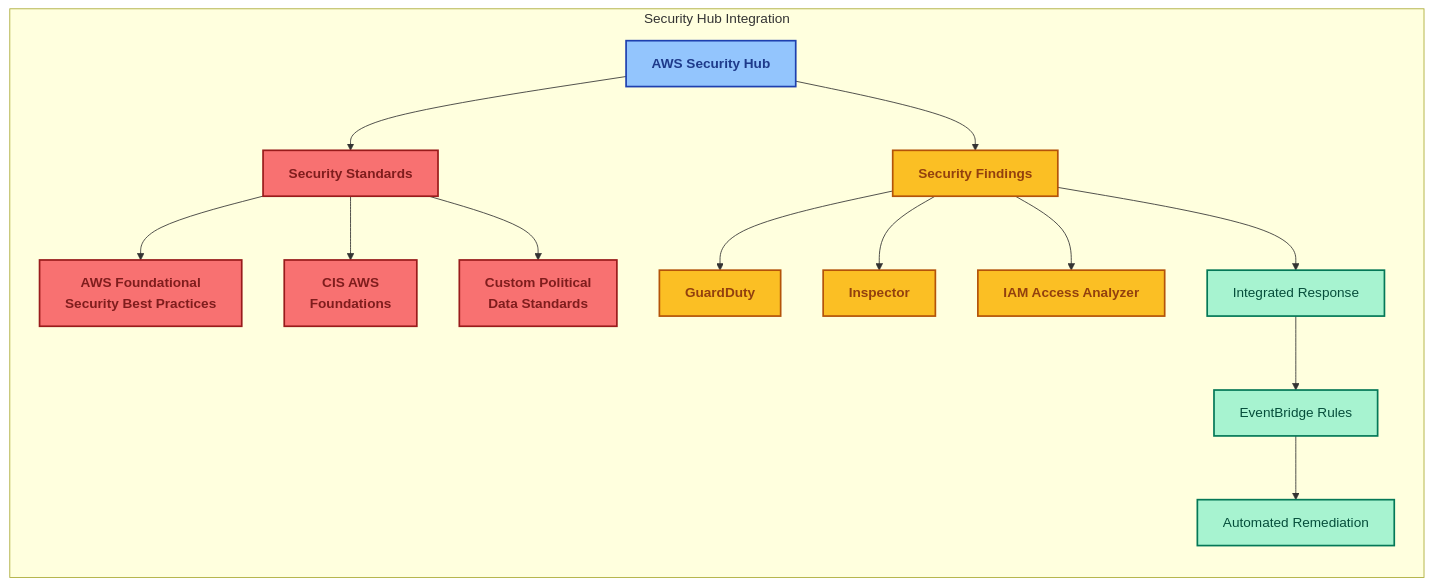
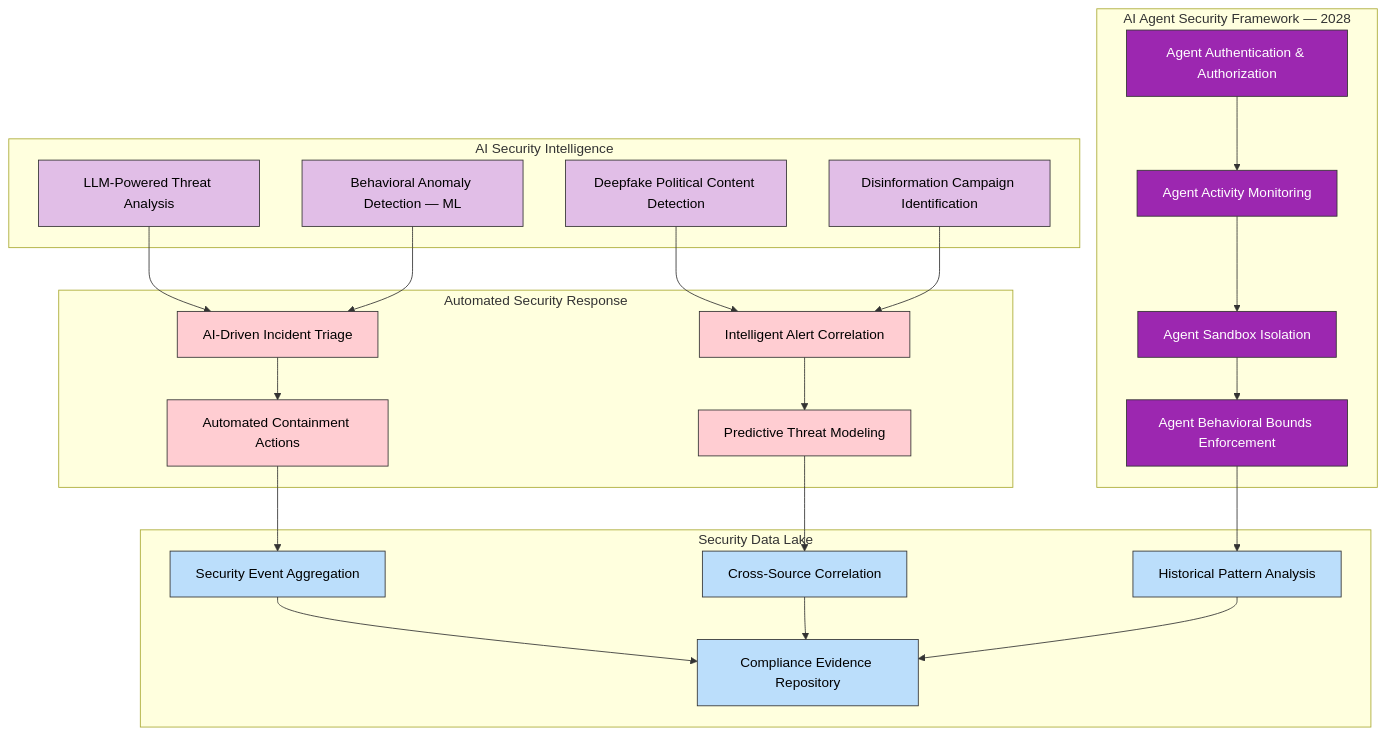
Before and after one commit to Hack23/cia: the third of 6 diagrams in FUTURE_SECURITY_ARCHITECTURE.md, drawn with Mermaid. The commit also changed other lines of this file and 1 other file, not shown here.

Commit message:
docs: update FUTURE_WORKFLOWS and FUTURE_SECURITY_ARCHITECTURE with 2026-2037 roadmap

````diff
--- a/FUTURE_SECURITY_ARCHITECTURE.md
+++ b/FUTURE_SECURITY_ARCHITECTURE.md
@@ -647,29 +170,52 @@
 ```mermaid
-flowchart LR
-    subgraph "Security Hub Integration"
-        A[AWS Security Hub] --> B[Security Standards]
-        B --> C[AWS Foundational<br>Security Best Practices]
-        B --> D[CIS AWS<br>Foundations]
-        B --> E[Custom Political<br>Data Standards]
-        
-        A --> F[Security Findings]
-        F --> G[GuardDuty]
-        F --> H[Inspector]
-        F --> I[IAM Access Analyzer]
-        
-        F --> J[Integrated Response]
-        J --> K[EventBridge Rules]
-        K --> L[Automated Remediation]
+flowchart TB
+    subgraph "AI Security Intelligence"
+        ASI1[LLM-Powered Threat Analysis]
+        ASI2[Behavioral Anomaly Detection — ML]
+        ASI3[Deepfake Political Content Detection]
+        ASI4[Disinformation Campaign Identification]
     end
-    
-    %% Styling
-    classDef hub fill:#93c5fd,stroke:#1e40af,stroke-width:2px,color:#1e3a8a,font-weight:bold
-    classDef standards fill:#f87171,stroke:#991b1b,stroke-width:2px,color:#7f1d1d,font-weight:bold
-    classDef findings fill:#fbbf24,stroke:#b45309,stroke-width:2px,color:#92400e,font-weight:bold
-    classDef response fill:#a7f3d0,stroke:#047857,stroke-width:2px,color:#064e3b
-    
-    class A hub
-    class B,C,D,E standards
-    class F,G,H,I findings
-    class J,K,L response
+
+    subgraph "Automated Security Response"
+        ASR1[AI-Driven Incident Triage]
+        ASR2[Automated Containment Actions]
+        ASR3[Intelligent Alert Correlation]
+        ASR4[Predictive Threat Modeling]
+    end
+
+    subgraph "AI Agent Security Framework — 2028"
+        AF1[Agent Authentication & Authorization]
+        AF2[Agent Activity Monitoring]
+        AF3[Agent Sandbox Isolation]
+        AF4[Agent Behavioral Bounds Enforcement]
+    end
+
+    subgraph "Security Data Lake"
+        SDL1[Security Event Aggregation]
+        SDL2[Cross-Source Correlation]
+        SDL3[Historical Pattern Analysis]
+        SDL4[Compliance Evidence Repository]
+    end
+
+    ASI1 & ASI2 --> ASR1
+    ASI3 & ASI4 --> ASR3
+    ASR1 --> ASR2
+    ASR3 --> ASR4
+
+    AF1 --> AF2 --> AF3 --> AF4
+
+    ASR2 --> SDL1
+    ASR4 --> SDL2
+    AF4 --> SDL3
+    SDL1 & SDL2 & SDL3 --> SDL4
+
+    classDef ai fill:#e1bee7,stroke:#333,stroke-width:1px,color:black
+    classDef response fill:#ffcdd2,stroke:#333,stroke-width:1px,color:black
+    classDef agent fill:#9C27B0,stroke:#333,stroke-width:1px,color:white
+    classDef data fill:#bbdefb,stroke:#333,stroke-width:1px,color:black
+
+    class ASI1,ASI2,ASI3,ASI4 ai
+    class ASR1,ASR2,ASR3,ASR4 response
+    class AF1,AF2,AF3,AF4 agent
+    class SDL1,SDL2,SDL3,SDL4 data
 ```
````
